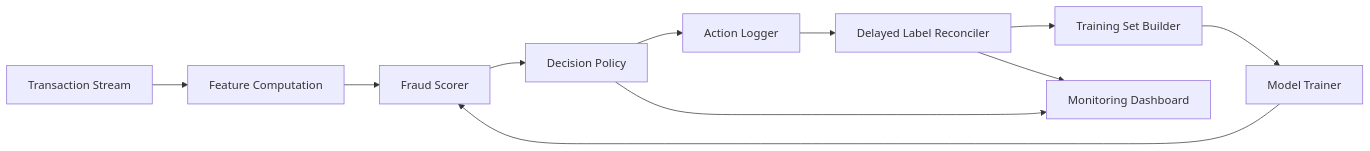
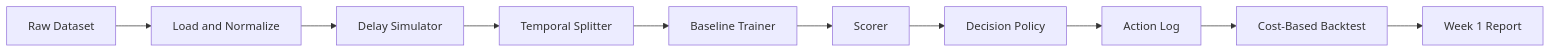
The diagram in docs/problem_framing.md (kira-ml/delayed-label-fraud-decisioning), drawn with Mermaid before and after one commit. The commit also changed other lines of this file and 5 other files, not shown here.

````diff
--- a/docs/problem_framing.md
+++ b/docs/problem_framing.md
@@ -123,13 +142,12 @@
 ```mermaid
 flowchart LR
-    A[Transaction Stream] --> B[Feature Computation]
-    B --> C[Fraud Scorer]
-    C --> D[Decision Policy]
-    D --> E[Action Logger]
-    E --> F[Delayed Label Reconciler]
-    F --> G[Training Set Builder]
-    G --> H[Model Trainer]
-    H --> C
-    D --> I[Monitoring Dashboard]
-    F --> I
+    A[Raw Dataset] --> B[Load and Normalize]
+    B --> C[Delay Simulator]
+    C --> D[Temporal Splitter]
+    D --> E[Baseline Trainer]
+    E --> F[Scorer]
+    F --> G[Decision Policy]
+    G --> H[Action Log]
+    H --> I[Cost-Based Backtest]
+    I --> J[Week 1 Report]
 ```
````
